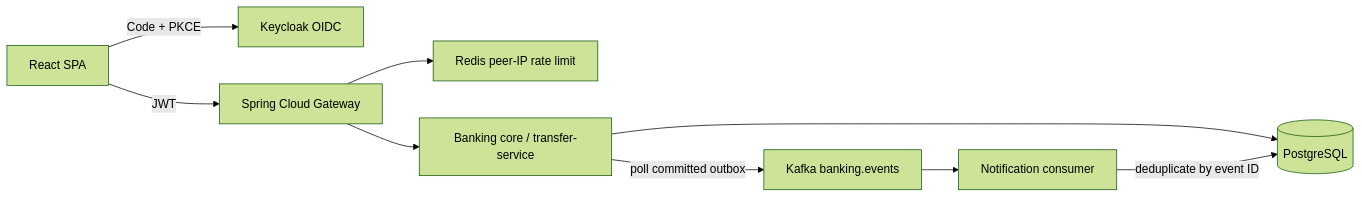
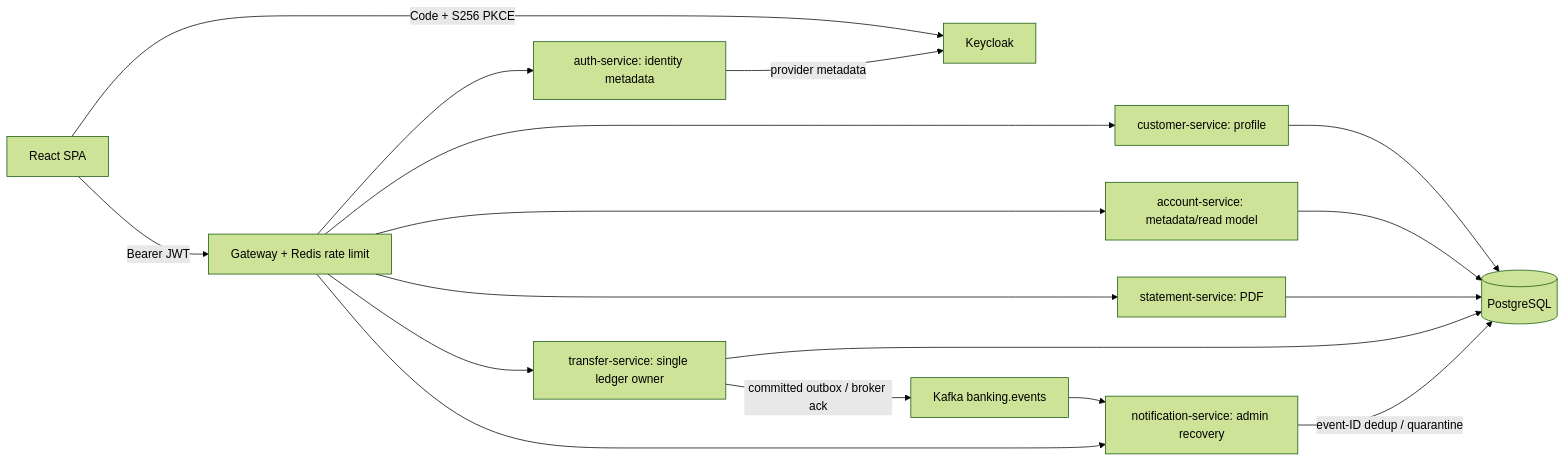
The first of 4 diagrams in docs/architecture.md (mdosamaayaz49/digital-retail-banking), drawn with Mermaid (forest theme) before and after one commit. The commit also changed other lines of this file and 132 other files, not shown here.

Commit message:
Complete banking workflows and seven-service platform

````diff
--- a/docs/architecture.md
+++ b/docs/architecture.md
@@ -5,11 +5,19 @@
 ```mermaid
 flowchart LR
-  Browser[React SPA] -->|Code + PKCE| KC[Keycloak OIDC]
-  Browser -->|JWT| GW[Spring Cloud Gateway]
-  GW --> Redis[Redis peer-IP rate limit]
-  GW --> Core[Banking core / transfer-service]
-  Core --> PG[(PostgreSQL)]
-  Core -->|poll committed outbox| Kafka[Kafka banking.events]
-  Kafka --> Notify[Notification consumer]
-  Notify -->|deduplicate by event ID| PG
+ SPA[React SPA] -->|Code + S256 PKCE| KC[Keycloak]
+ SPA -->|Bearer JWT| GW[Gateway + Redis rate limit]
+ GW --> Auth[auth-service: identity metadata]
+ GW --> Customer[customer-service: profile]
+ GW --> Account[account-service: metadata/read model]
+ GW --> Statement[statement-service: PDF]
+ GW --> Core[transfer-service: single ledger owner]
+ GW --> Notify[notification-service: admin recovery]
+ Customer --> DB[(PostgreSQL)]
+ Account --> DB
+ Statement --> DB
+ Core --> DB
+ Core -->|committed outbox / broker ack| Kafka[Kafka banking.events]
+ Kafka --> Notify
+ Notify -->|event-ID dedup / quarantine| DB
+ Auth -->|provider metadata| KC
 ```
````
